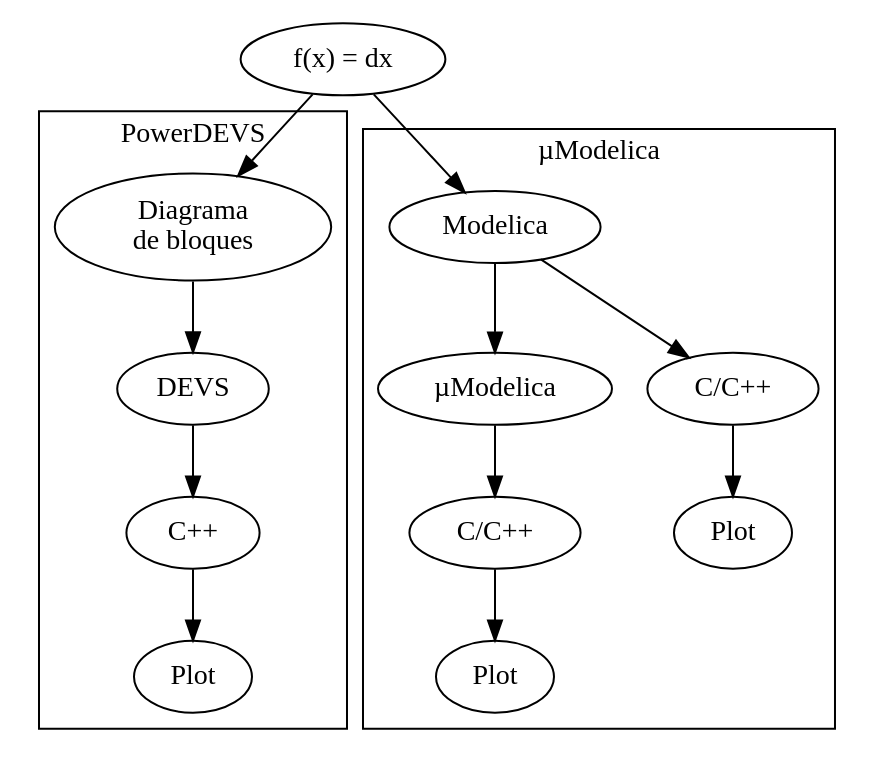
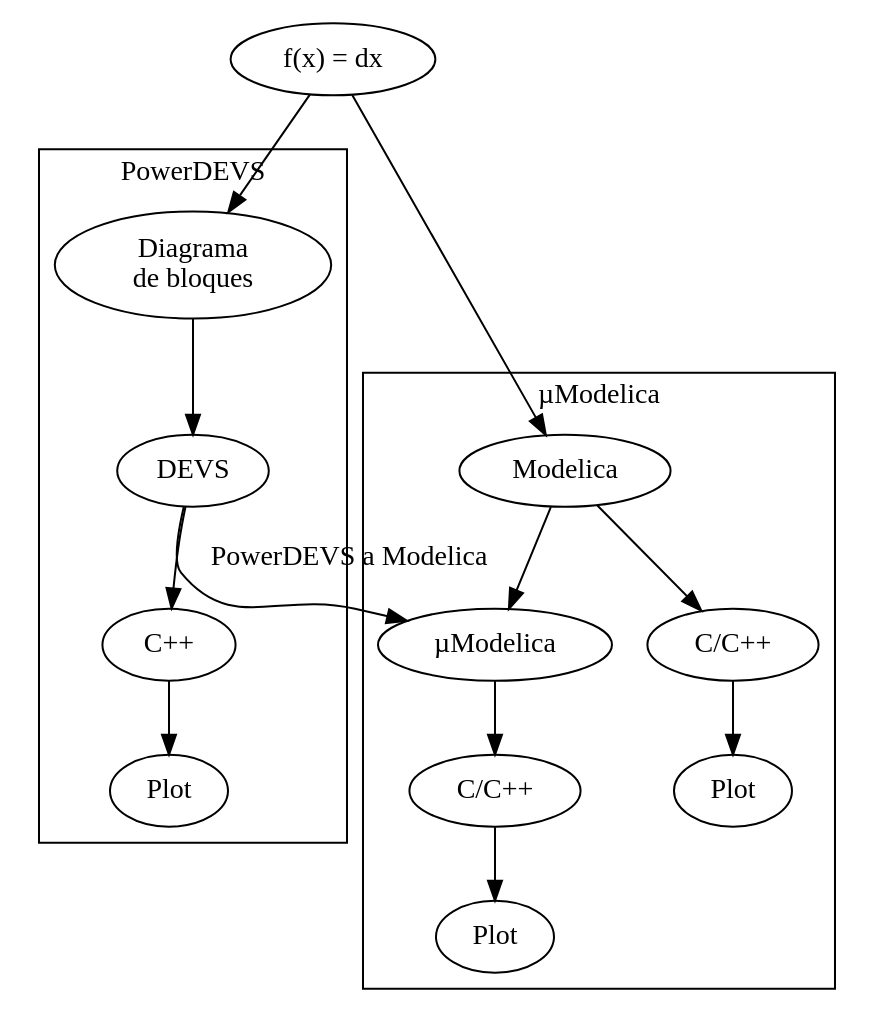
One commit to lucciano/pd2mo changed the diagram in doc/tesina/esquema.dot. Above: the diagram before and after it, drawn with Graphviz. The commit also changed 2 other files, not shown here.

```diff
--- a/doc/tesina/esquema.dot
+++ b/doc/tesina/esquema.dot
@@ -1,26 +1,27 @@
 digraph G {
 
 	subgraph cluster_0 {
 		a0 -> a1 -> a2 -> a3;
 		label = "PowerDEVS";
 	}
 
 	subgraph cluster_1 {
 		b0 -> b1 -> b2 -> b3;
 		b0 -> b0_1 -> b0_2
 		label = "µModelica";
 	}
 	start -> a0;
 	start -> b0;
 	a0 [label="Diagrama \n de bloques"]
 	a1 [label="DEVS"]
 	a2 [label="C++"]
 	a3 [label="Plot"]
 	b0 [label="Modelica"] 
 	b0_1 [label="C/C++"]
 	b0_2 [label="Plot"]
         b1 [label="µModelica"]
+	a1 -> b1 [ label="PowerDEVS a Modelica" ];
 	b2 [label="C/C++"]
 	b3 [label="Plot"]
 	start [label="f(x) = dx"];
 }
```
